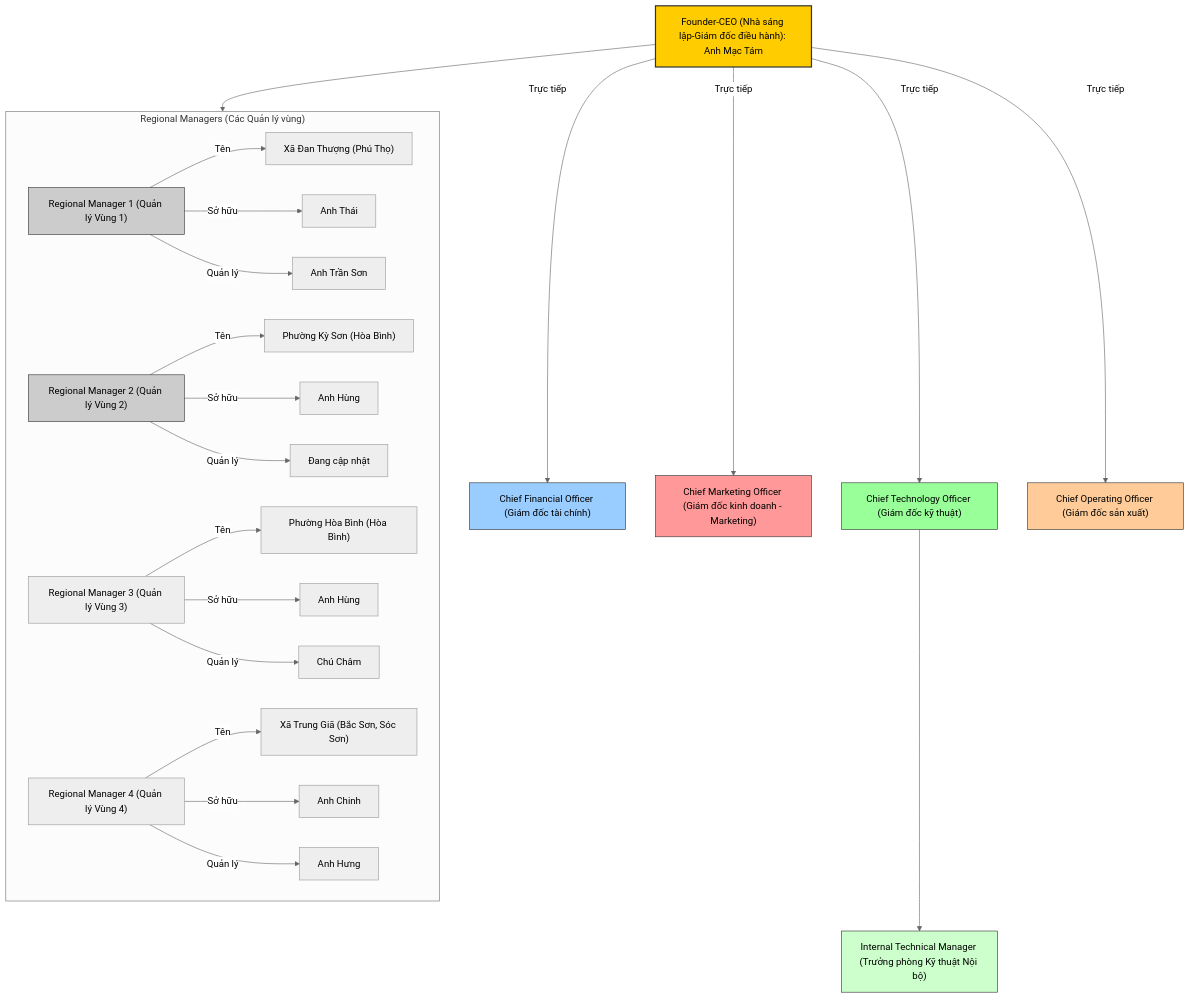
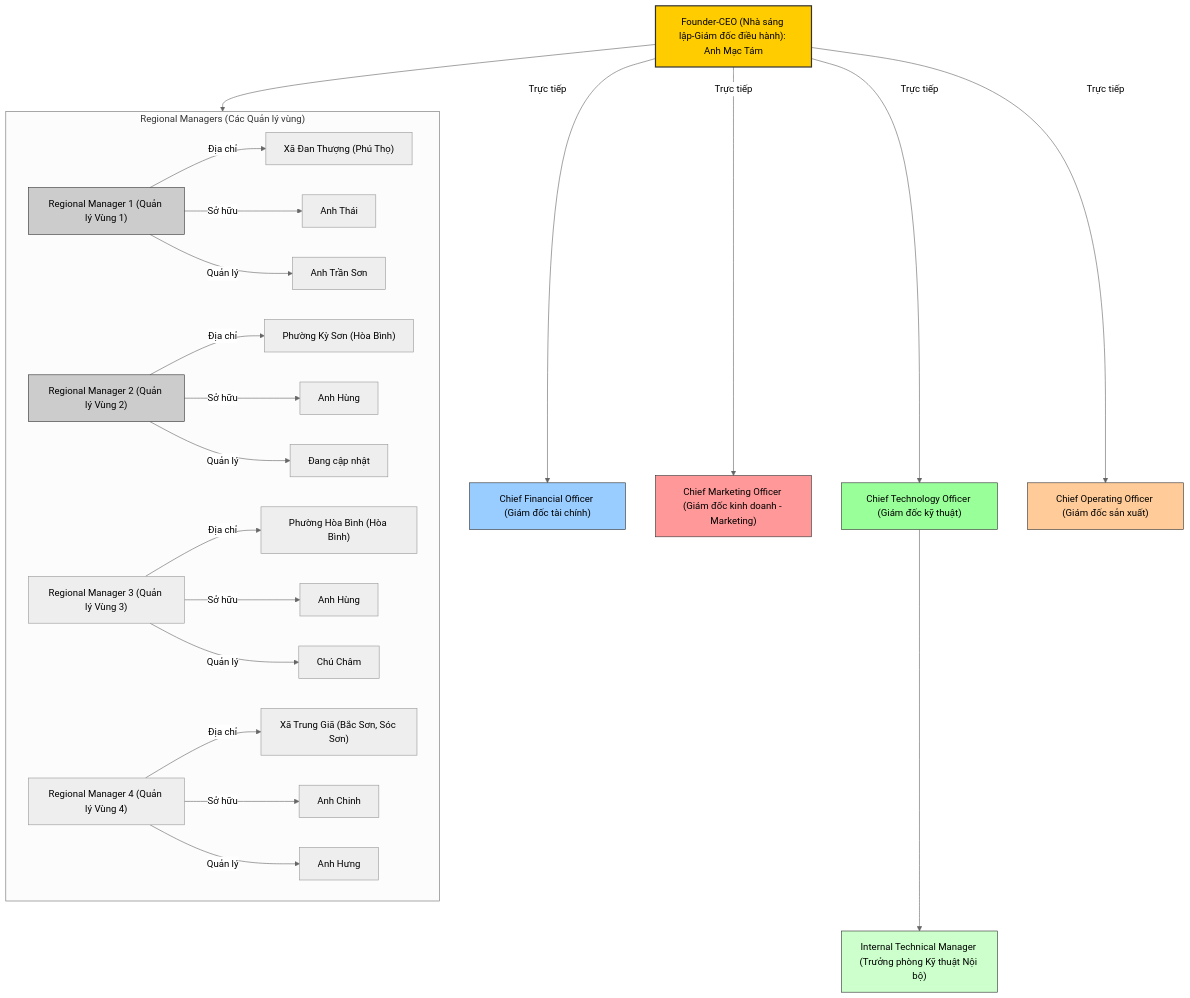
One commit to trethanhphat/gioi-thieu changed the diagram in organizational-chart.md. Above: the diagram before and after it, drawn with Mermaid (neutral theme).

````diff
--- a/organizational-chart.md
+++ b/organizational-chart.md
@@ -3,47 +3,47 @@
 ```mermaid
 flowchart TD
 CEO["Founder-CEO (Nhà sáng lập-Giám đốc điều hành): Anh Mạc Tám"]
     CEO --> |"Trực tiếp"| CFO["Chief Financial Officer (Giám đốc tài chính)"]
     CEO --> |"Trực tiếp"| CMO["Chief Marketing Officer (Giám đốc kinh doanh - Marketing)"]
     CEO --> |"Trực tiếp"| CTO["Chief Technology Officer (Giám đốc kỹ thuật)"]
     CEO --> |"Trực tiếp"| COO["Chief Operating Officer (Giám đốc sản xuất)"]
     %% Gom nhóm quản lý vùng
     subgraph REG["Regional Managers (Các Quản lý vùng)"]
         direction LR
         RM1["Regional Manager 1 (Quản lý Vùng 1)"]
-        RM1 --> |"Tên"| RM1-NAME["Xã Đan Thượng (Phú Thọ)"]
+        RM1 --> |"Địa chỉ"| RM1-NAME["Xã Đan Thượng (Phú Thọ)"]
         RM1 --> |"Sở hữu"| RM1-OWNER["Anh Thái"]
         RM1 --> |"Quản lý"| RM1-MAN["Anh Trần Sơn"]
 
         RM2["Regional Manager 2 (Quản lý Vùng 2)"]
-        RM2 --> |"Tên"| RM2-NAME["Phường Kỳ Sơn (Hòa Bình)"]
+        RM2 --> |"Địa chỉ"| RM2-NAME["Phường Kỳ Sơn (Hòa Bình)"]
         RM2 --> |"Sở hữu"| RM2-OWNER["Anh Hùng"]
         RM2 --> |"Quản lý"| RM2-MAN["Đang cập nhật"]
 
         RM3["Regional Manager 3 (Quản lý Vùng 3)"]
-        RM3 --> |"Tên"| RM3-NAME["Phường Hòa Bình (Hòa Bình)"]
+        RM3 --> |"Địa chỉ"| RM3-NAME["Phường Hòa Bình (Hòa Bình)"]
         RM3 --> |"Sở hữu"| RM3-OWNER["Anh Hùng"]
         RM3 --> |"Quản lý"| RM3-MAN["Chú Châm"]
 
         RM4["Regional Manager 4 (Quản lý Vùng 4)"]
-        RM4 --> |"Tên"| RM4-NAME["Xã Trung Giã (Bắc Sơn, Sóc Sơn)"]
+        RM4 --> |"Địa chỉ"| RM4-NAME["Xã Trung Giã (Bắc Sơn, Sóc Sơn)"]
         RM4 --> |"Sở hữu"| RM4-OWNER["Anh Chinh"]
         RM4 --> |"Quản lý"| RM4-MAN["Anh Hưng"]
 
     end
     CEO --> REG
 
     CTO --> ITM["Internal Technical Manager (Trưởng phòng Kỹ thuật Nội bộ)"]
 
 %% 🎨 Màu sắc
     style CEO fill:#ffcc00,stroke:#333,stroke-width:2px
     style CFO fill:#99ccff,stroke:#333,stroke-width:1px
     style CMO fill:#ff9999,stroke:#333,stroke-width:1px
     style CTO fill:#99ff99,stroke:#333,stroke-width:1px
     style COO fill:#ffcc99,stroke:#333,stroke-width:1px
     style RM1 fill:#cccccc,stroke:#333,stroke-width:1px
     style RM2 fill:#cccccc,stroke:#333,stroke-width:1px
     style ITM fill:#ccffcc,stroke:#333,stroke-width:1px
 
 
 ```
````
